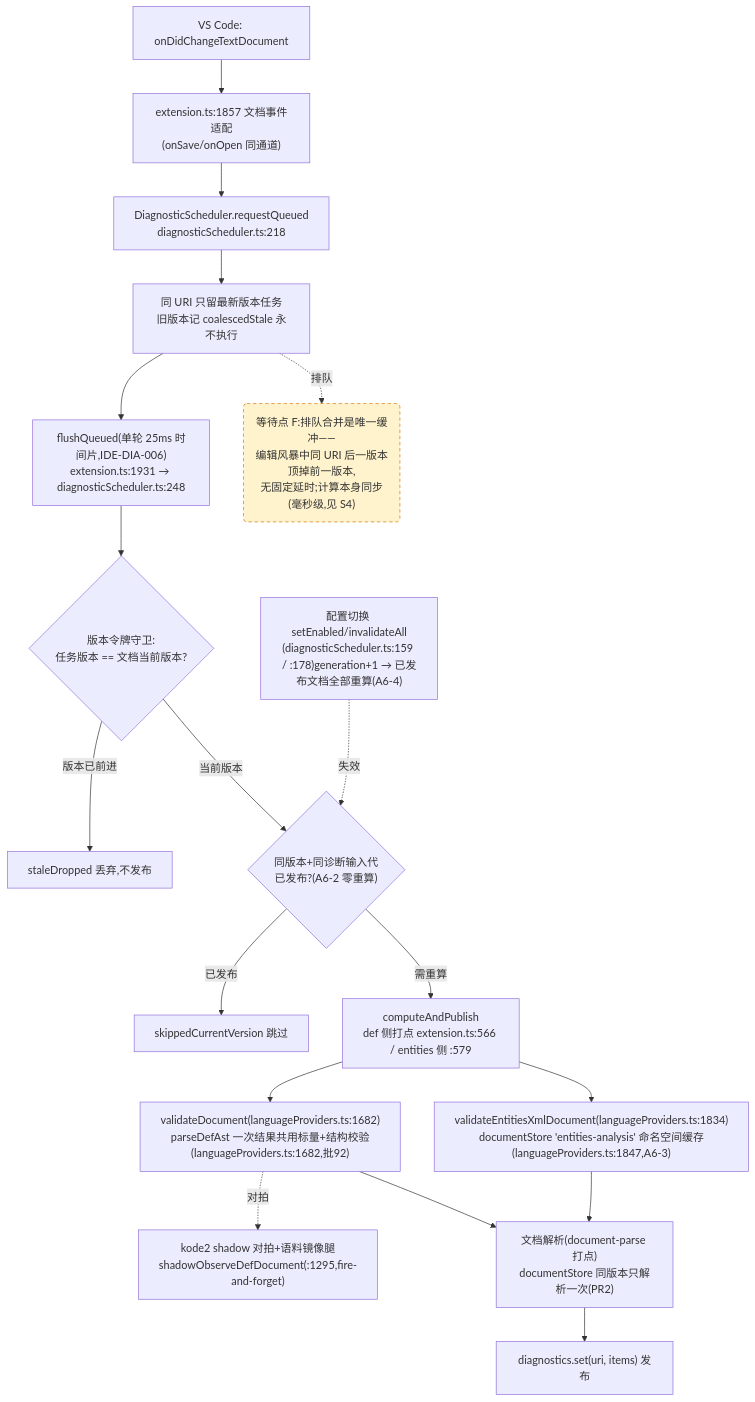
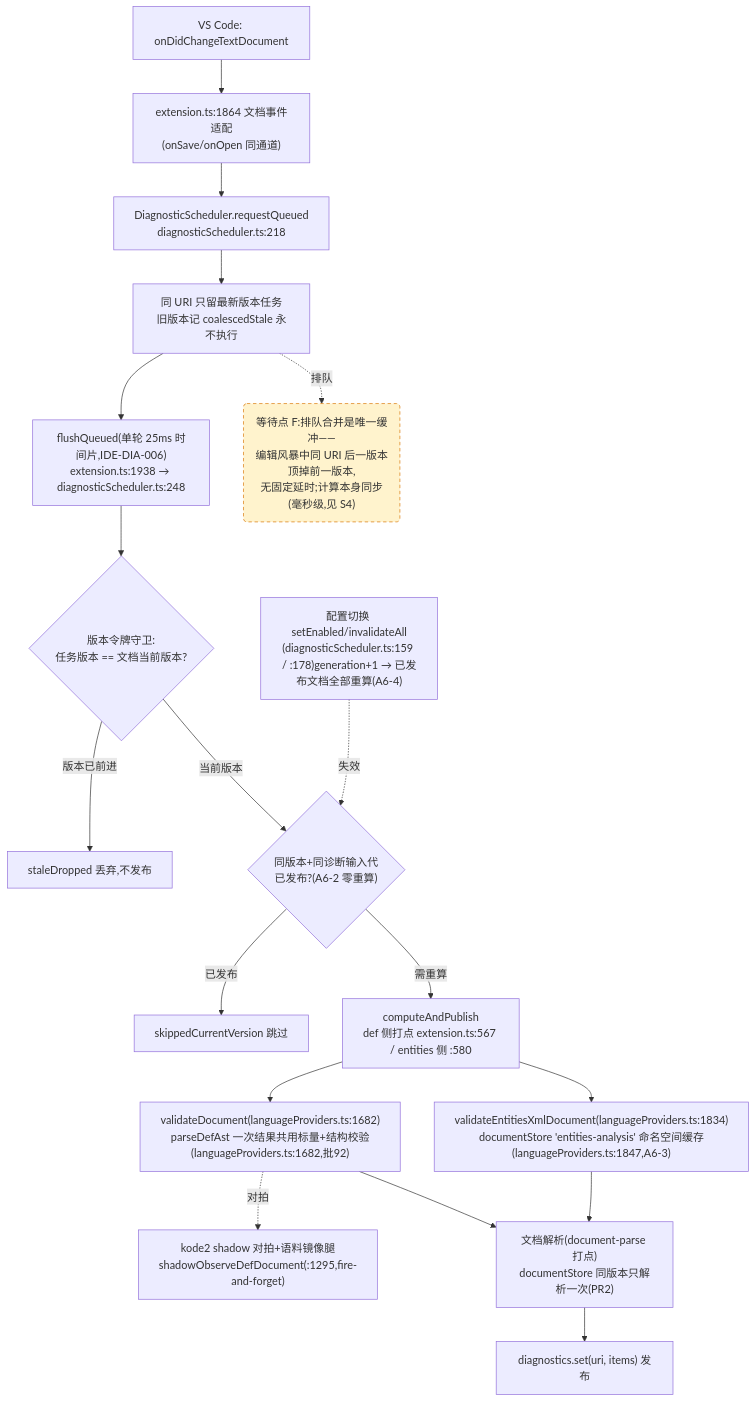
Before and after one commit to cuihairu/kode: the fourth of 4 diagrams in docs/perf/2026-baseline.md, drawn with Mermaid. The commit also changed other lines of this file and 7 other files, not shown here.

Commit message:
perf: cache flow analysis parse by document version

````diff
--- a/docs/perf/2026-baseline.md
+++ b/docs/perf/2026-baseline.md
@@ -214,38 +214,38 @@
 ```mermaid
 flowchart TD
   CHG["VS Code: onDidChangeTextDocument"]
-  WATCH["extension.ts:1857 文档事件适配<br/>(onSave/onOpen 同通道)"]
+  WATCH["extension.ts:1864 文档事件适配<br/>(onSave/onOpen 同通道)"]
   RQ["DiagnosticScheduler.requestQueued<br/>diagnosticScheduler.ts:218"]
   CO["同 URI 只留最新版本任务<br/>旧版本记 coalescedStale 永不执行"]
-  FL["flushQueued(单轮 25ms 时间片,IDE-DIA-006)<br/>extension.ts:1931 → diagnosticScheduler.ts:248"]
+  FL["flushQueued(单轮 25ms 时间片,IDE-DIA-006)<br/>extension.ts:1938 → diagnosticScheduler.ts:248"]
   VG{"版本令牌守卫:<br/>任务版本 == 文档当前版本?"}
   DROP["staleDropped 丢弃,不发布"]
   GEN{"同版本+同诊断输入代<br/>已发布?(A6-2 零重算)"}
   SKIP["skippedCurrentVersion 跳过"]
-  CALC["computeAndPublish<br/>def 侧打点 extension.ts:566 / entities 侧 :579"]
+  CALC["computeAndPublish<br/>def 侧打点 extension.ts:567 / entities 侧 :580"]
   VD["validateDocument(languageProviders.ts:1682)<br/>parseDefAst 一次结果共用标量+结构校验(languageProviders.ts:1682,批92)"]
   VEX["validateEntitiesXmlDocument(languageProviders.ts:1834)<br/>documentStore 'entities-analysis' 命名空间缓存(languageProviders.ts:1847,A6-3)"]
   SHDD["kode2 shadow 对拍+语料镜像腿<br/>shadowObserveDefDocument(:1295,fire-and-forget)"]
   DS["文档解析(document-parse 打点)<br/>documentStore 同版本只解析一次(PR2)"]
   PUB["diagnostics.set(uri, items) 发布"]
   CFG2["配置切换 setEnabled/invalidateAll<br/>(diagnosticScheduler.ts:159 / :178)generation+1 → 已发布文档全部重算(A6-4)"]
 
   CHG --> WATCH --> RQ --> CO --> FL --> VG
   VG -- "版本已前进" --> DROP
   VG -- "当前版本" --> GEN
   GEN -- "已发布" --> SKIP
   GEN -- "需重算" --> CALC
   CALC --> VD
   CALC --> VEX
   VD --> DS
   VEX --> DS
   DS --> PUB
   VD -.->|对拍| SHDD
   CFG2 -.->|失效| GEN
 
   WAITF("等待点 F:排队合并是唯一缓冲——<br/>编辑风暴中同 URI 后一版本顶掉前一版本,<br/>无固定延时;计算本身同步(毫秒级,见 S4)")
   CO -.->|排队| WAITF
 
   classDef waitPoint fill:#fff3cd,stroke:#d97706,stroke-dasharray:5 4;
   class WAITF waitPoint;
 ```
````
